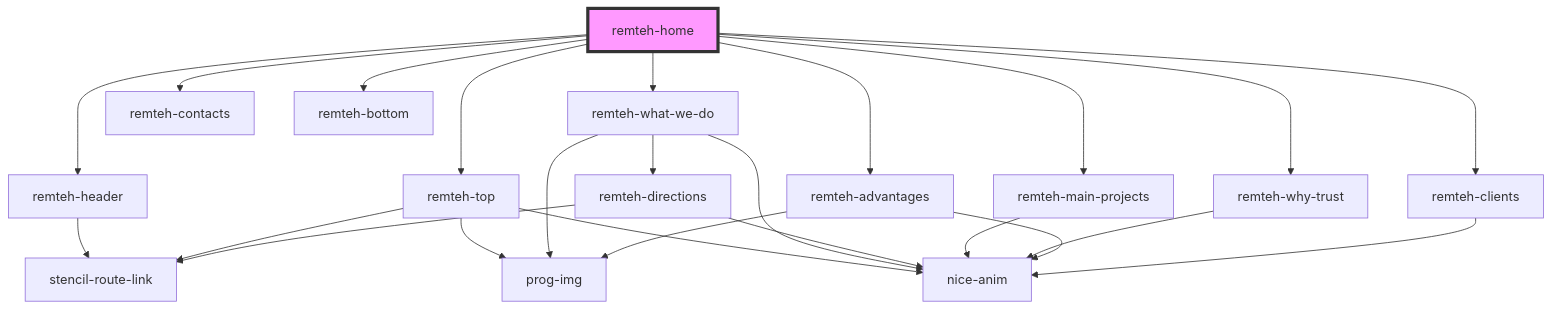
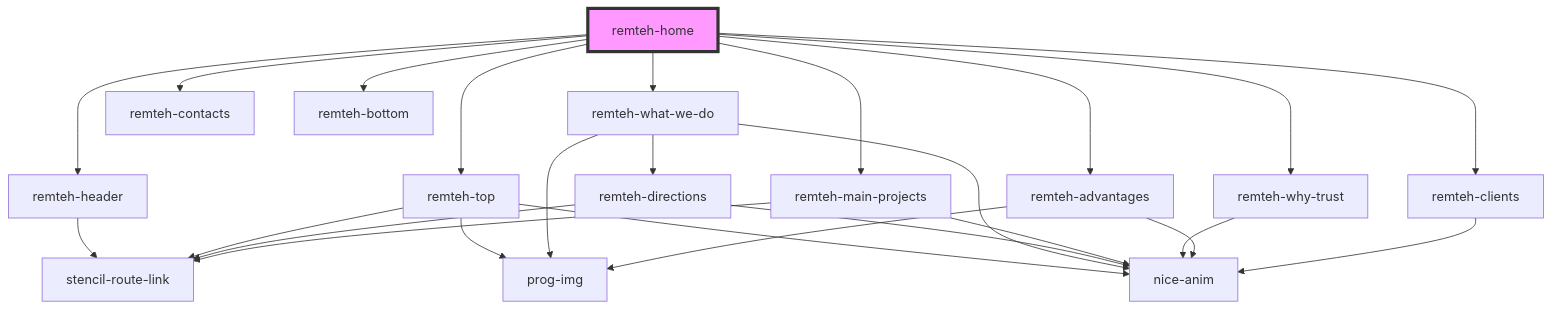
One commit to p1nta/remtehnaladka changed the diagram in src/components/home/readme.md. Above: the diagram before and after it, drawn with Mermaid. The commit also changed 20 other files, not shown here.

````diff
--- a/src/components/home/readme.md
+++ b/src/components/home/readme.md
@@ -23,27 +23,28 @@
 ```mermaid
 graph TD;
   remteh-home --> remteh-header
   remteh-home --> remteh-top
   remteh-home --> remteh-what-we-do
   remteh-home --> remteh-main-projects
   remteh-home --> remteh-why-trust
   remteh-home --> remteh-advantages
   remteh-home --> remteh-clients
   remteh-home --> remteh-contacts
   remteh-home --> remteh-bottom
   remteh-header --> stencil-route-link
   remteh-top --> prog-img
   remteh-top --> nice-anim
   remteh-top --> stencil-route-link
   remteh-what-we-do --> prog-img
   remteh-what-we-do --> remteh-directions
   remteh-what-we-do --> nice-anim
   remteh-directions --> stencil-route-link
   remteh-directions --> nice-anim
   remteh-main-projects --> nice-anim
+  remteh-main-projects --> stencil-route-link
   remteh-why-trust --> nice-anim
   remteh-advantages --> prog-img
   remteh-advantages --> nice-anim
   remteh-clients --> nice-anim
   style remteh-home fill:#f9f,stroke:#333,stroke-width:4px
 ```
````
